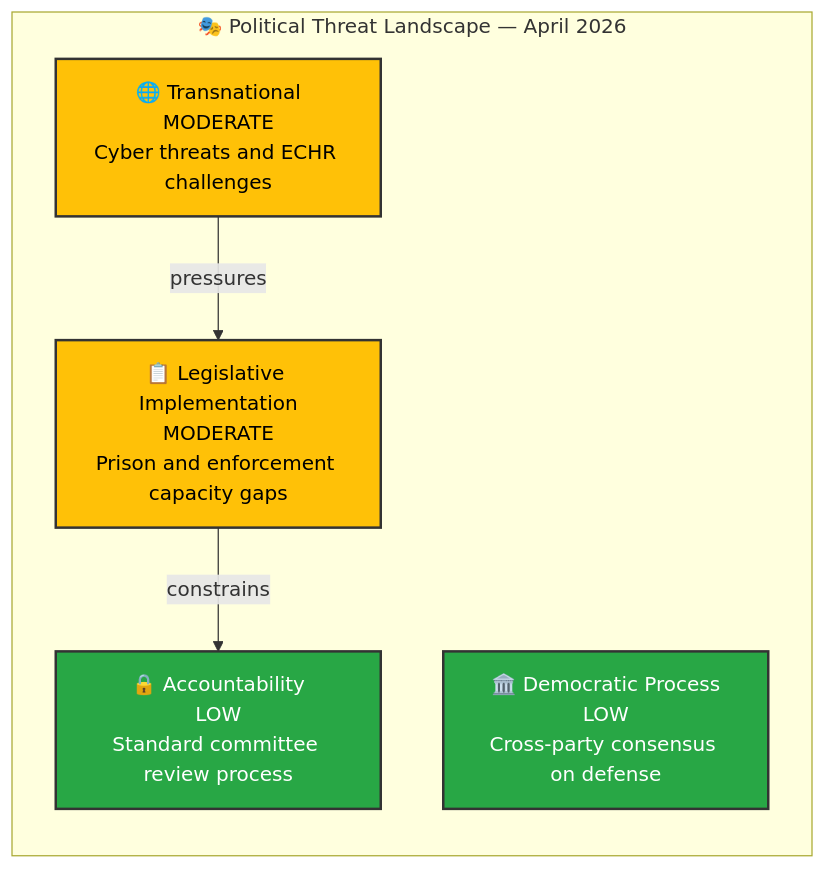
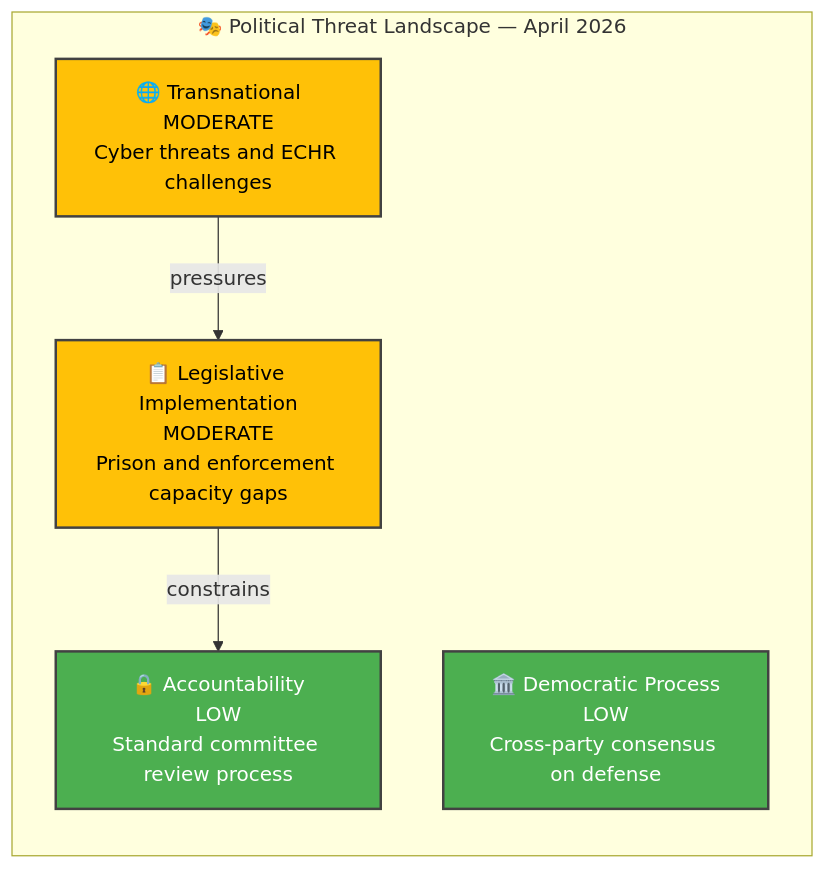
The diagram in analysis/daily/2026-04-05/realtime-1212/threat-analysis.md (Hack23/riksdagsmonitor), drawn with Mermaid before and after one commit. The commit also changed 785 other files, not shown here.

First line of the commit message:
Normalize mermaid colors across 786 analysis artifacts to ISMS Style Guide palette

````diff
--- a/analysis/daily/2026-04-05/realtime-1212/threat-analysis.md
+++ b/analysis/daily/2026-04-05/realtime-1212/threat-analysis.md
@@ -17,18 +17,18 @@
 ```mermaid
 graph TD
     subgraph "🎭 Political Threat Landscape — April 2026"
         direction TB
         LI["📋 Legislative Implementation<br/>MODERATE<br/>Prison and enforcement capacity gaps"]
         AC["🔒 Accountability<br/>LOW<br/>Standard committee review process"]
         TR["🌐 Transnational<br/>MODERATE<br/>Cyber threats and ECHR challenges"]
         DP["🏛️ Democratic Process<br/>LOW<br/>Cross-party consensus on defense"]
     end
 
     LI -->|"constrains"| AC
     TR -->|"pressures"| LI
 
-    style LI fill:#ffc107,stroke:#333,stroke-width:2px,color:#000
-    style AC fill:#28a745,stroke:#333,stroke-width:2px,color:#fff
-    style TR fill:#ffc107,stroke:#333,stroke-width:2px,color:#000
-    style DP fill:#28a745,stroke:#333,stroke-width:2px,color:#fff
+    style LI fill:#FFC107,stroke:#424242,stroke-width:2px,color:#000000
+    style AC fill:#4CAF50,stroke:#424242,stroke-width:2px,color:#FFFFFF
+    style TR fill:#FFC107,stroke:#424242,stroke-width:2px,color:#000000
+    style DP fill:#4CAF50,stroke:#424242,stroke-width:2px,color:#FFFFFF
 ```
````
